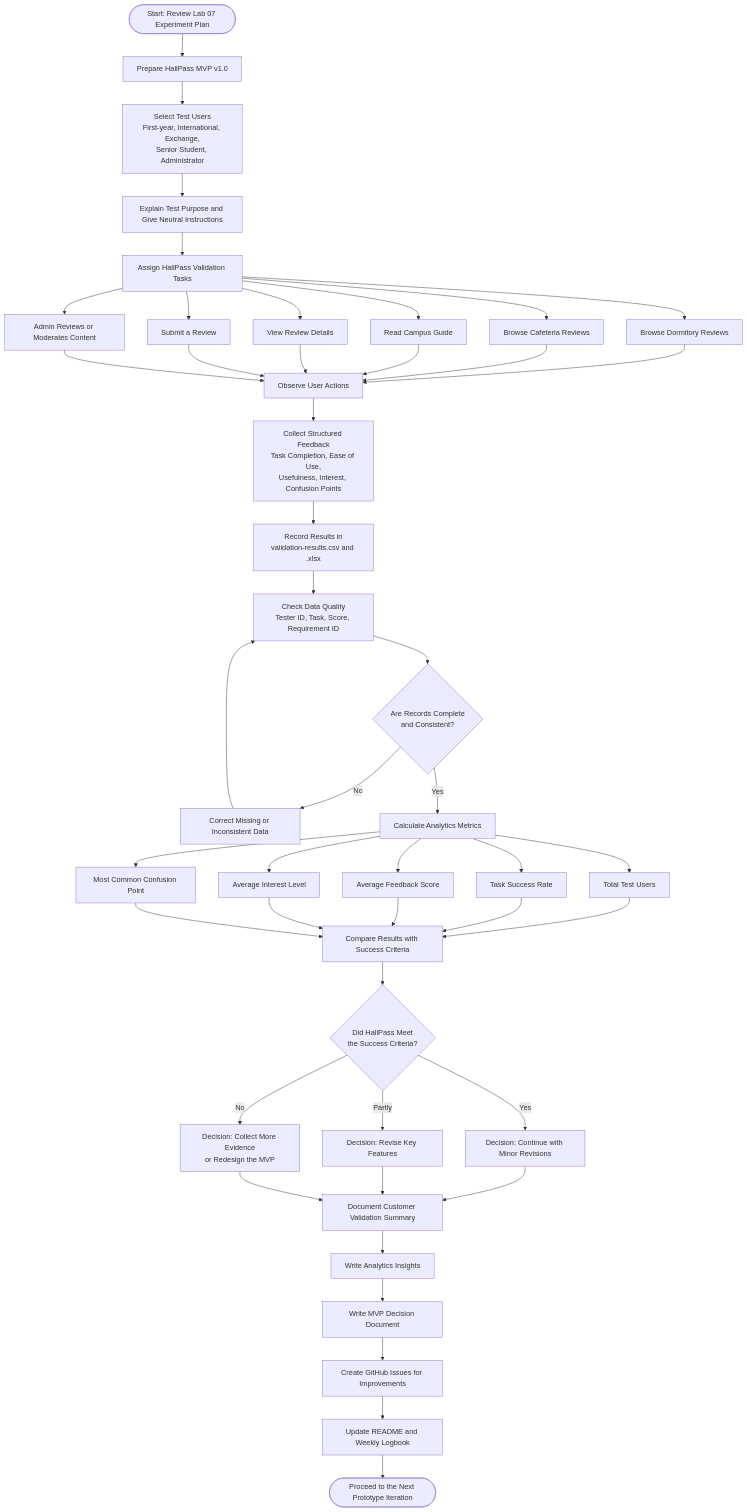
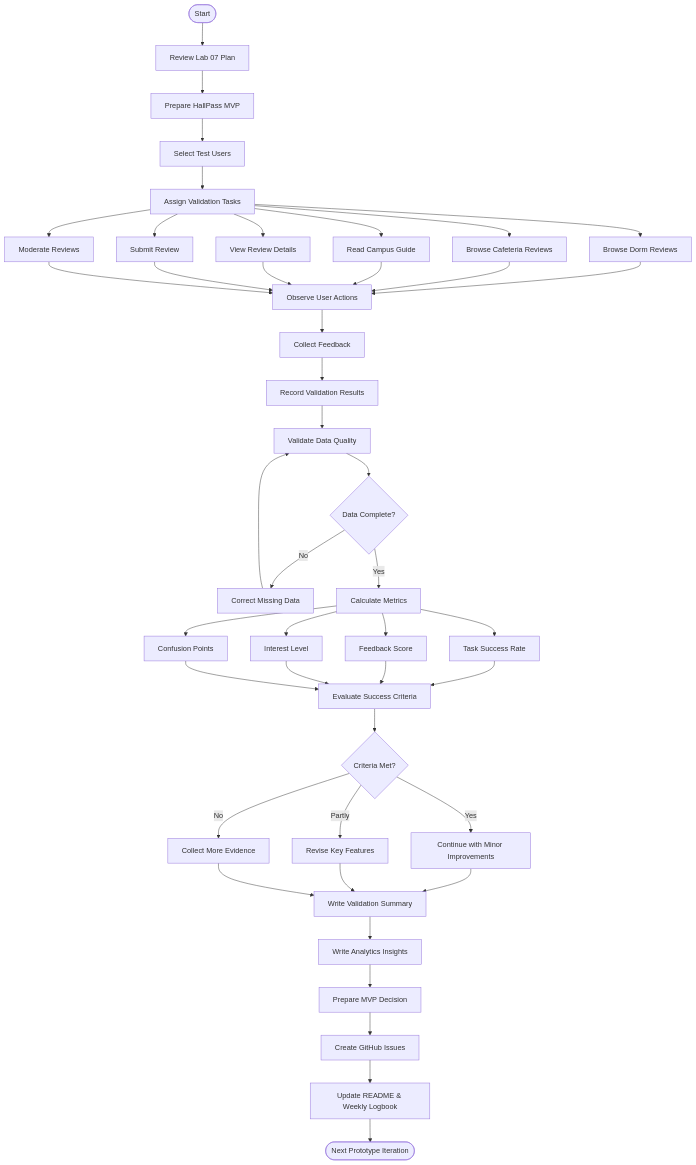
Before and after one commit to HTETHTET-68/ICT105-TriByte-MVP: the diagram in diagram/validation-result-flow.mmd, drawn with Mermaid.

```diff
--- a/diagram/validation-result-flow.mmd
+++ b/diagram/validation-result-flow.mmd
@@ -1,58 +1,55 @@
 flowchart TD
-    A([Start: Review Lab 07 Experiment Plan]) --> B[Prepare HallPass MVP v1.0]
-    B --> C[Select Test Users<br/>First-year, International, Exchange,<br/>Senior Student, Administrator]
-    C --> D[Explain Test Purpose and Give Neutral Instructions]
-    D --> E[Assign HallPass Validation Tasks]
 
-    E --> E1[Browse Dormitory Reviews]
-    E --> E2[Browse Cafeteria Reviews]
-    E --> E3[Read Campus Guide]
-    E --> E4[View Review Details]
-    E --> E5[Submit a Review]
-    E --> E6[Admin Reviews or Moderates Content]
+A([Start]) --> B[Review Lab 07 Plan]
+B --> C[Prepare HallPass MVP]
+C --> D[Select Test Users]
+D --> E[Assign Validation Tasks]
 
-    E1 --> F[Observe User Actions]
-    E2 --> F
-    E3 --> F
-    E4 --> F
-    E5 --> F
-    E6 --> F
+E --> F[Browse Dorm Reviews]
+E --> G[Browse Cafeteria Reviews]
+E --> H[Read Campus Guide]
+E --> I[View Review Details]
+E --> J[Submit Review]
+E --> K[Moderate Reviews]
 
-    F --> G[Collect Structured Feedback<br/>Task Completion, Ease of Use,<br/>Usefulness, Interest, Confusion Points]
-    G --> H[Record Results in<br/>validation-results.csv and .xlsx]
-    H --> I[Check Data Quality<br/>Tester ID, Task, Score, Requirement ID]
+F --> L[Observe User Actions]
+G --> L
+H --> L
+I --> L
+J --> L
+K --> L
 
-    I --> J{Are Records Complete<br/>and Consistent?}
+L --> M[Collect Feedback]
+M --> N[Record Validation Results]
+N --> O[Validate Data Quality]
 
-    J -- No --> K[Correct Missing or Inconsistent Data]
-    K --> I
+O --> P{Data Complete?}
+P -->|No| Q[Correct Missing Data]
+Q --> O
+P -->|Yes| R[Calculate Metrics]
 
-    J -- Yes --> L[Calculate Analytics Metrics]
+R --> S[Task Success Rate]
+R --> T[Feedback Score]
+R --> U[Interest Level]
+R --> V[Confusion Points]
 
-    L --> L1[Total Test Users]
-    L --> L2[Task Success Rate]
-    L --> L3[Average Feedback Score]
-    L --> L4[Average Interest Level]
-    L --> L5[Most Common Confusion Point]
+S --> W[Evaluate Success Criteria]
+T --> W
+U --> W
+V --> W
 
-    L1 --> M[Compare Results with Success Criteria]
-    L2 --> M
-    L3 --> M
-    L4 --> M
-    L5 --> M
+W --> X{Criteria Met?}
 
-    M --> N{Did HallPass Meet<br/>the Success Criteria?}
+X -->|Yes| Y[Continue with Minor Improvements]
+X -->|Partly| Z[Revise Key Features]
+X -->|No| AA[Collect More Evidence]
 
-    N -- Yes --> O[Decision: Continue with Minor Revisions]
-    N -- Partly --> P[Decision: Revise Key Features]
-    N -- No --> Q[Decision: Collect More Evidence<br/>or Redesign the MVP]
+Y --> AB[Write Validation Summary]
+Z --> AB
+AA --> AB
 
-    O --> R[Document Customer Validation Summary]
-    P --> R
-    Q --> R
-
-    R --> S[Write Analytics Insights]
-    S --> T[Write MVP Decision Document]
-    T --> U[Create GitHub Issues for Improvements]
-    U --> V[Update README and Weekly Logbook]
-    V --> W([Proceed to the Next Prototype Iteration])
+AB --> AC[Write Analytics Insights]
+AC --> AD[Prepare MVP Decision]
+AD --> AE[Create GitHub Issues]
+AE --> AF[Update README & Weekly Logbook]
+AF --> AG([Next Prototype Iteration])
```
